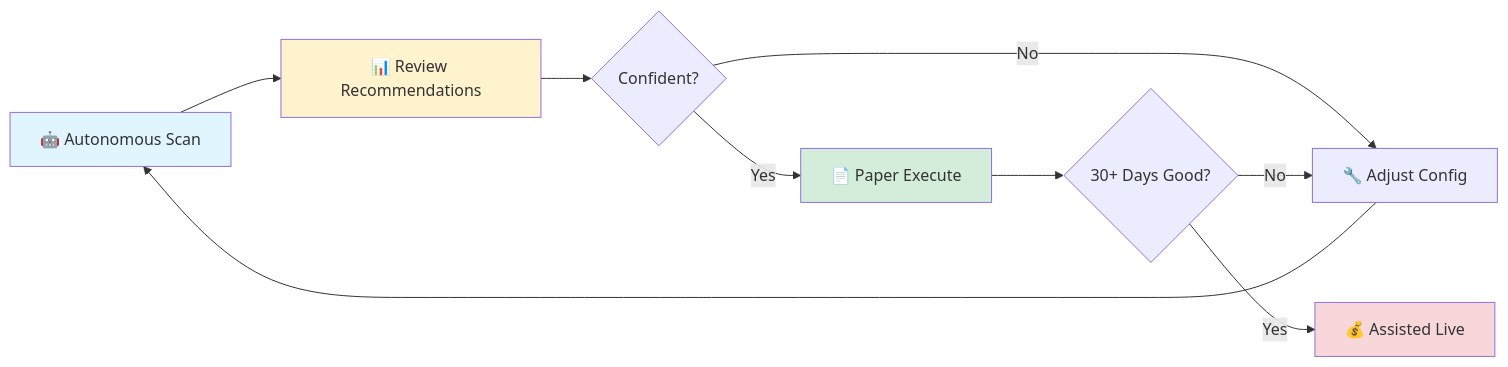
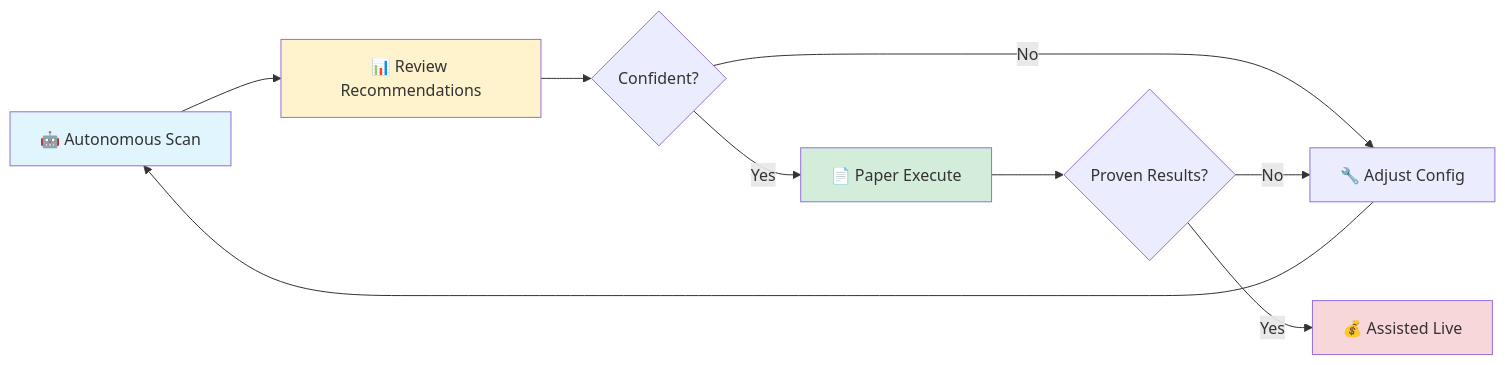
The diagram in README.md (evanlow/tws_robot), drawn with Mermaid before and after one commit. The commit also changed other lines of this file, not shown here.

````diff
--- a/README.md
+++ b/README.md
@@ -172,16 +172,16 @@
 ```mermaid
 graph LR
     A[🤖 Autonomous Scan] --> B[📊 Review Recommendations]
     B --> C{Confident?}
     C -->|No| D[🔧 Adjust Config]
     D --> A
     C -->|Yes| E[📄 Paper Execute]
-    E --> F{30+ Days Good?}
+    E --> F{Proven Results?}
     F -->|No| D
     F -->|Yes| G[💰 Assisted Live]
     
     style A fill:#e1f5ff
     style B fill:#fff3cd
     style E fill:#d4edda
     style G fill:#f8d7da
 ```
````
